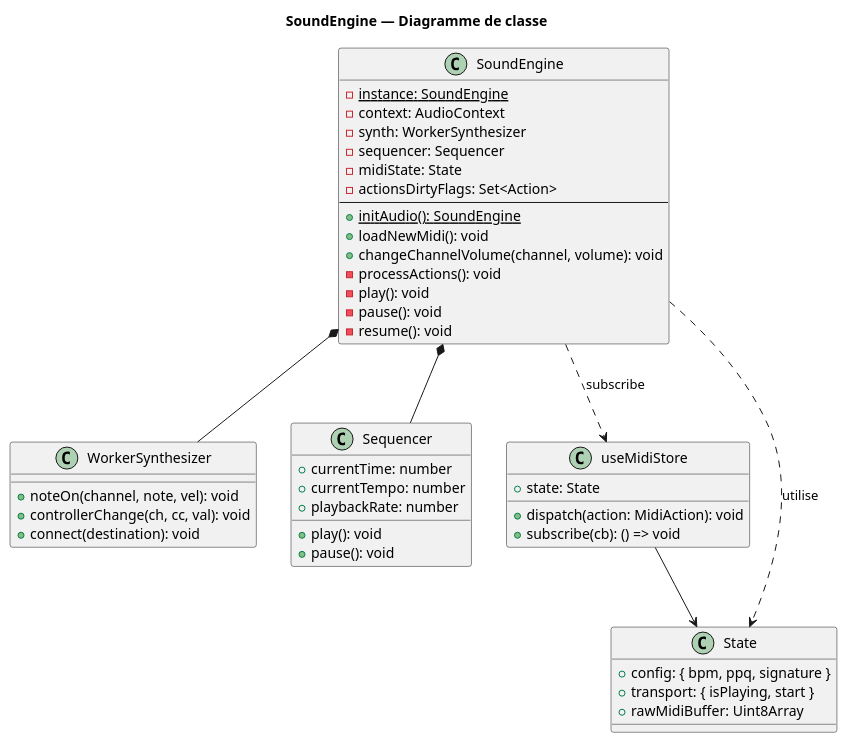
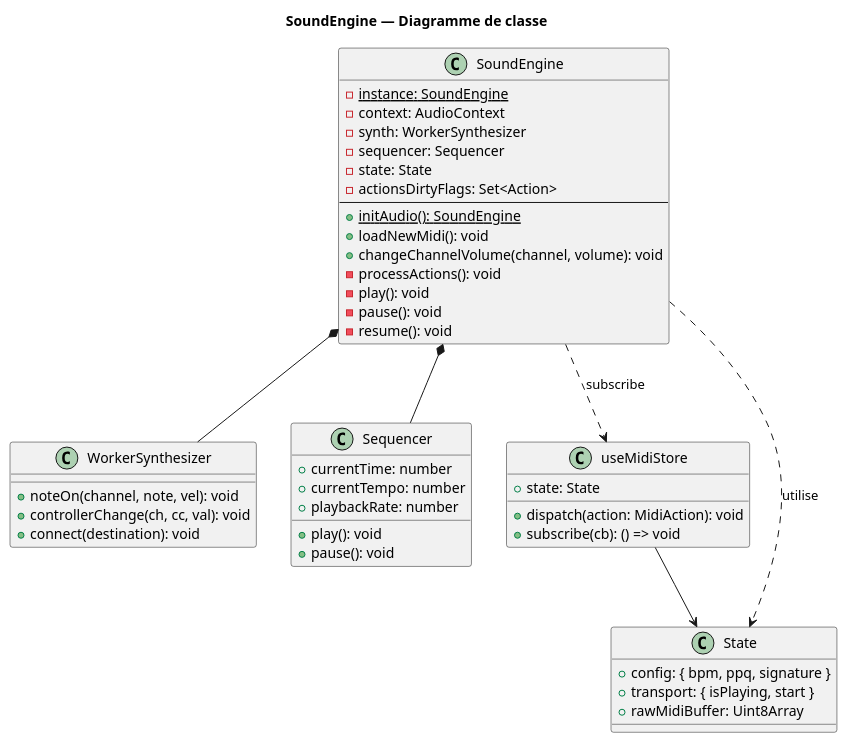
The diagram in conception/class_diagrams/soundEngine.wsd (nemnem202/soutenance), drawn with PlantUML before and after one commit. The commit also changed 7 other files, not shown here.

```diff
--- a/conception/class_diagrams/soundEngine.wsd
+++ b/conception/class_diagrams/soundEngine.wsd
@@ -1,52 +1,52 @@
 @startuml
 title SoundEngine — Diagramme de classe
 
 class SoundEngine {
   - instance: SoundEngine  {static}
   - context: AudioContext
   - synth: WorkerSynthesizer
   - sequencer: Sequencer
-  - midiState: State
+  - state: State
   - actionsDirtyFlags: Set<Action>
   --
   + initAudio(): SoundEngine  {static}
   + loadNewMidi(): void
   + changeChannelVolume(channel, volume): void
   - processActions(): void
   - play(): void
   - pause(): void
   - resume(): void
 }
 
 class WorkerSynthesizer {
   + noteOn(channel, note, vel): void
   + controllerChange(ch, cc, val): void
   + connect(destination): void
 }
 
 class Sequencer {
   + currentTime: number
   + currentTempo: number
   + playbackRate: number
   + play(): void
   + pause(): void
 }
 
 class useMidiStore {
   + state: State
   + dispatch(action: MidiAction): void
   + subscribe(cb): () => void
 }
 
 class State {
   + config: { bpm, ppq, signature }
   + transport: { isPlaying, start }
   + rawMidiBuffer: Uint8Array
 }
 
 SoundEngine *-- WorkerSynthesizer
 SoundEngine *-- Sequencer
 SoundEngine ..> useMidiStore : subscribe
 SoundEngine ..> State : utilise
 useMidiStore --> State
 @enduml
```
